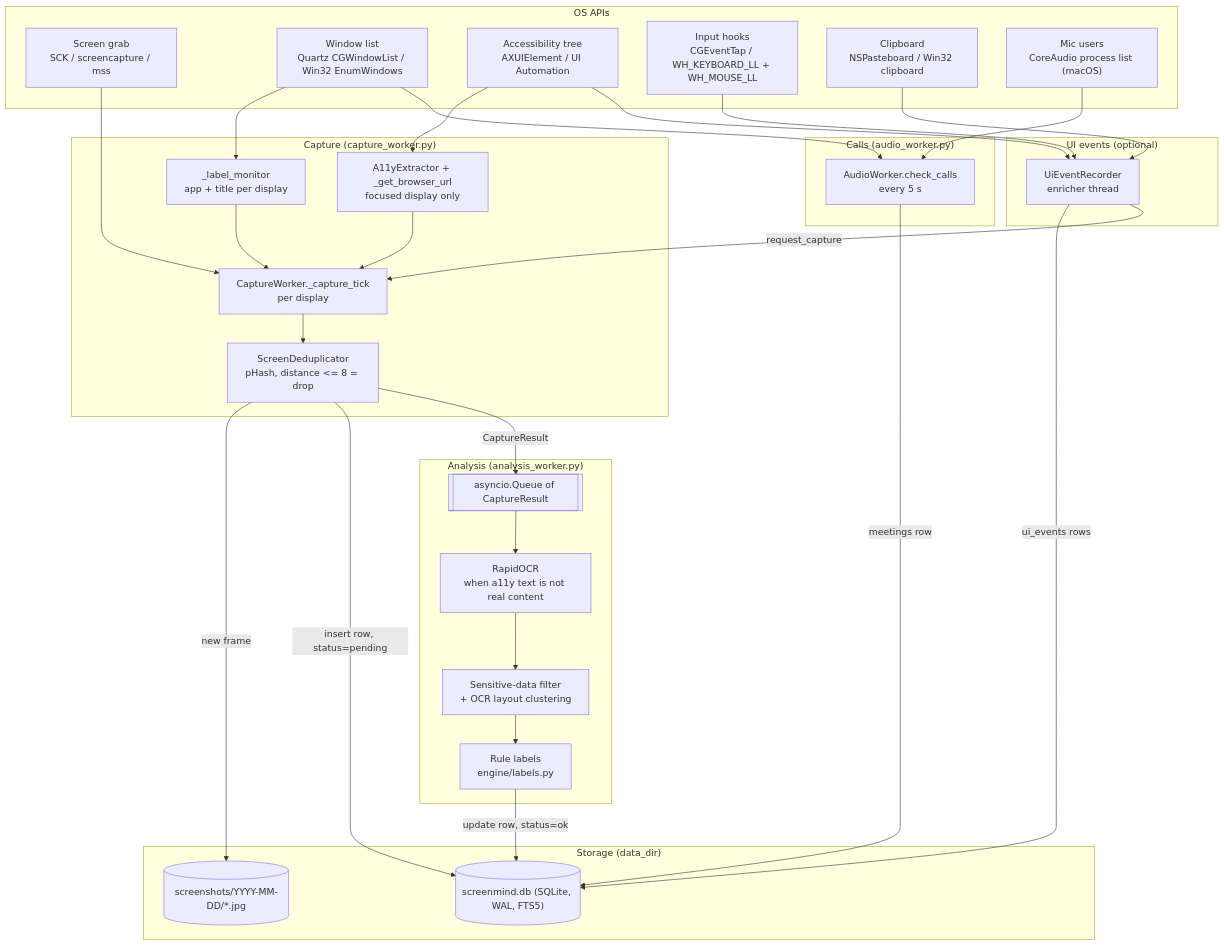
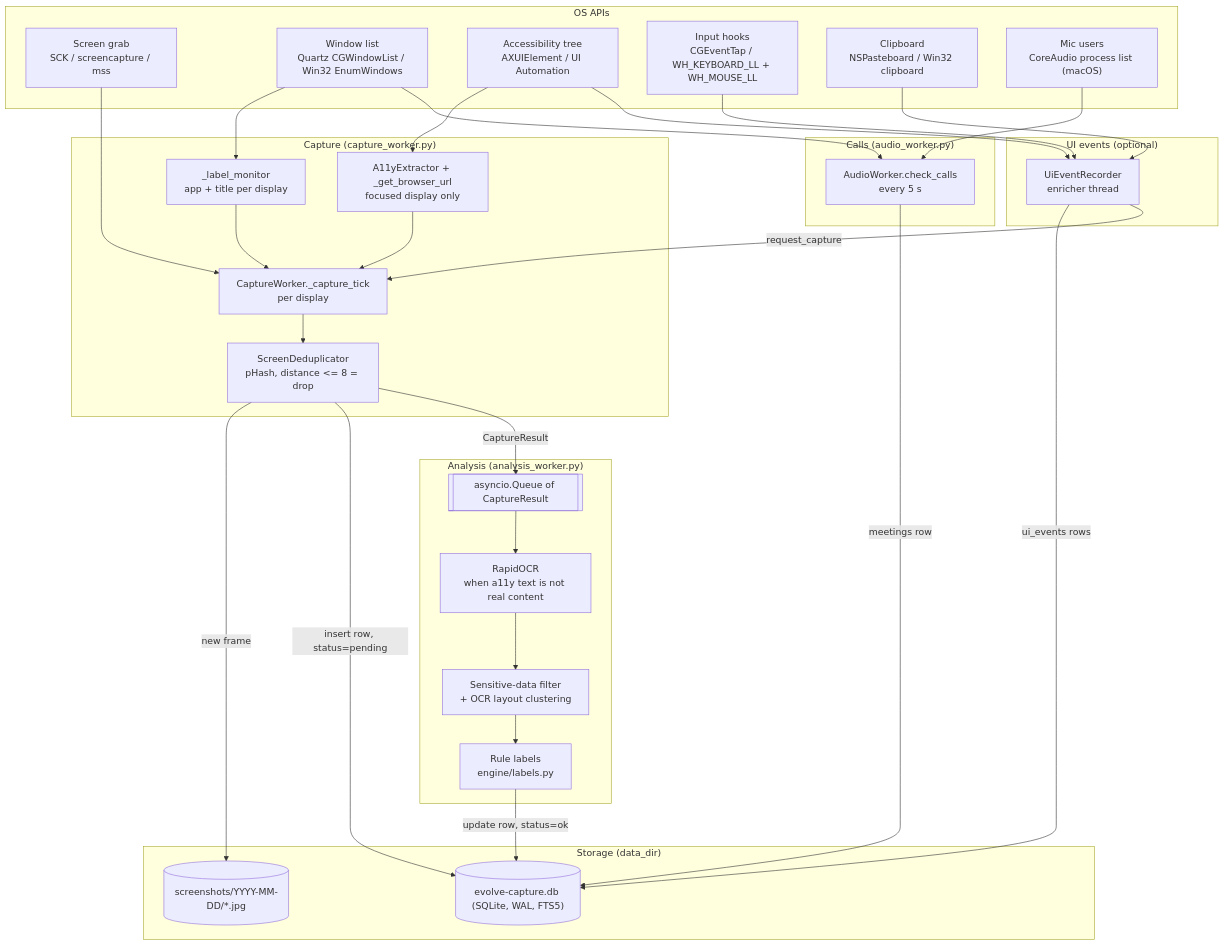
One commit to Venopacman/ScreenMind changed the first of 2 diagrams in docs/architecture/capture.md. Above: the diagram before and after it, drawn with Mermaid. The commit also changed other lines of this file and 235 other files, not shown here.

````diff
--- a/docs/architecture/capture.md
+++ b/docs/architecture/capture.md
@@ -28,56 +28,56 @@
 ```mermaid
 flowchart TB
   subgraph OS["OS APIs"]
     GRAB["Screen grab<br/>SCK / screencapture / mss"]
     WINS["Window list<br/>Quartz CGWindowList / Win32 EnumWindows"]
     A11Y["Accessibility tree<br/>AXUIElement / UI Automation"]
     HOOK["Input hooks<br/>CGEventTap / WH_KEYBOARD_LL + WH_MOUSE_LL"]
     CLIP["Clipboard<br/>NSPasteboard / Win32 clipboard"]
     COREAUDIO["Mic users<br/>CoreAudio process list (macOS)"]
   end
 
   subgraph CAP["Capture (capture_worker.py)"]
     TICK["CaptureWorker._capture_tick<br/>per display"]
     DEDUP["ScreenDeduplicator<br/>pHash, distance <= 8 = drop"]
     LABEL["_label_monitor<br/>app + title per display"]
     TXT["A11yExtractor + _get_browser_url<br/>focused display only"]
   end
 
   subgraph UIE["UI events (optional)"]
     REC["UiEventRecorder<br/>enricher thread"]
   end
 
   subgraph CALLS["Calls (audio_worker.py)"]
     DET["AudioWorker.check_calls<br/>every 5 s"]
   end
 
   subgraph ANA["Analysis (analysis_worker.py)"]
     Q[["asyncio.Queue of CaptureResult"]]
     OCR["RapidOCR<br/>when a11y text is not real content"]
     FILT["Sensitive-data filter<br/>+ OCR layout clustering"]
     RULES["Rule labels<br/>engine/labels.py"]
   end
 
   subgraph STORE["Storage (data_dir)"]
     JPG[("screenshots/YYYY-MM-DD/*.jpg")]
-    DB[("screenmind.db (SQLite, WAL, FTS5)")]
+    DB[("evolve-capture.db (SQLite, WAL, FTS5)")]
   end
 
   GRAB --> TICK
   WINS --> LABEL --> TICK
   A11Y --> TXT --> TICK
   TICK --> DEDUP
   DEDUP -- "new frame" --> JPG
   DEDUP -- "insert row, status=pending" --> DB
   DEDUP -- "CaptureResult" --> Q
   HOOK --> REC
   CLIP --> REC
   A11Y --> REC
   REC -- "ui_events rows" --> DB
   REC -- "request_capture" --> TICK
   WINS --> DET
   COREAUDIO --> DET
   DET -- "meetings row" --> DB
   Q --> OCR --> FILT --> RULES
   RULES -- "update row, status=ok" --> DB
 ```
````
